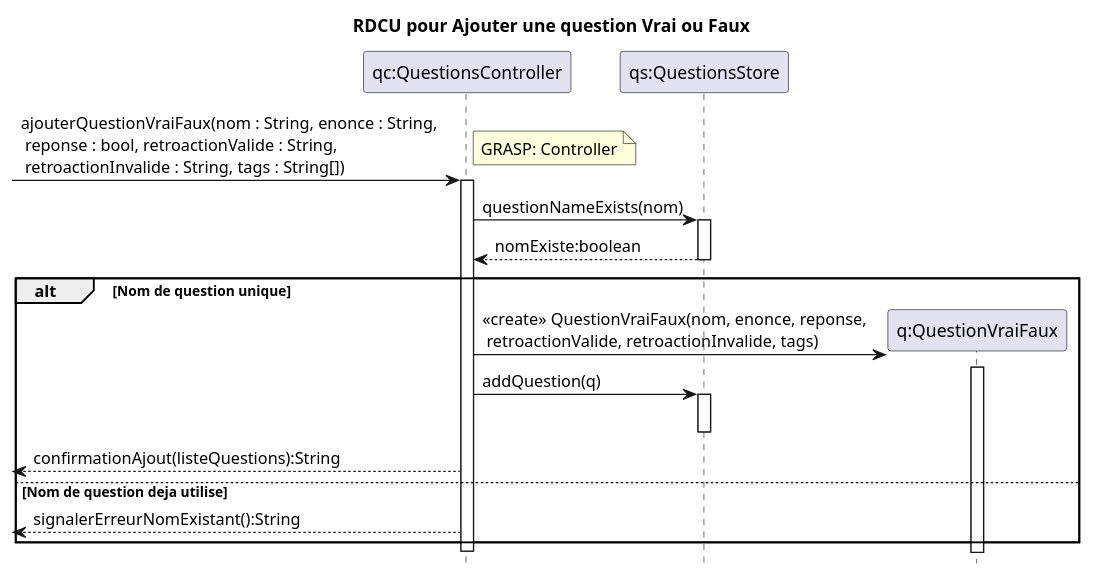
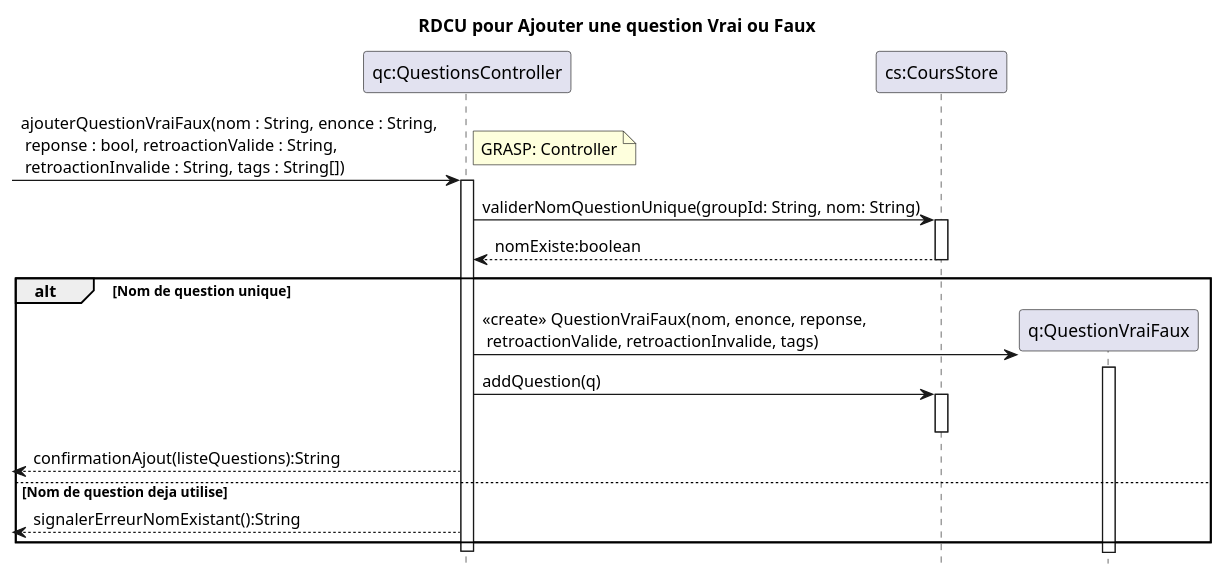
One commit to xMrYahya/moodle-clone changed the diagram in docs/modeles/cu02/rdcu-ajouter-question-vf.puml. Above: the diagram before and after it, drawn with PlantUML. The commit also changed 7 other files, not shown here.

Commit message:
Changement de QuestionStore a CoursStore et commencer a changer noms pour mieux fit le code (incomplet)

```diff
--- a/docs/modeles/cu02/rdcu-ajouter-question-vf.puml
+++ b/docs/modeles/cu02/rdcu-ajouter-question-vf.puml
@@ -1,34 +1,34 @@
 @startuml
 hide footbox
 title RDCU pour Ajouter une question Vrai ou Faux
 
 participant "qc:QuestionsController" as QC
-participant "qs:QuestionsStore" as QS
+participant "cs:CoursStore" as CS
 participant "q:QuestionVraiFaux" as Q
 
 -> QC : ajouterQuestionVraiFaux(nom : String, enonce : String,\n reponse : bool, retroactionValide : String,\n retroactionInvalide : String, tags : String[])
 note right: GRASP: Controller
 activate QC
 
-QC -> QS : questionNameExists(nom)
-activate QS
-QS --> QC : nomExiste:boolean
-deactivate QS
+QC -> CS : validerNomQuestionUnique(groupId: String, nom: String)
+activate CS
+CS --> QC : nomExiste:boolean
+deactivate CS
 
 alt Nom de question unique
     create Q
     QC -> Q : <<create>> QuestionVraiFaux(nom, enonce, reponse,\n retroactionValide, retroactionInvalide, tags)
     activate Q
     deactivate Q
 
-    QC -> QS : addQuestion(q)
-    activate QS
-    deactivate QS
+    QC -> CS : addQuestion(q)
+    activate CS
+    deactivate CS
 
     <-- QC : confirmationAjout(listeQuestions):String
 else Nom de question deja utilise
     <-- QC : signalerErreurNomExistant():String
 end
 
 deactivate QC
 @enduml
```
